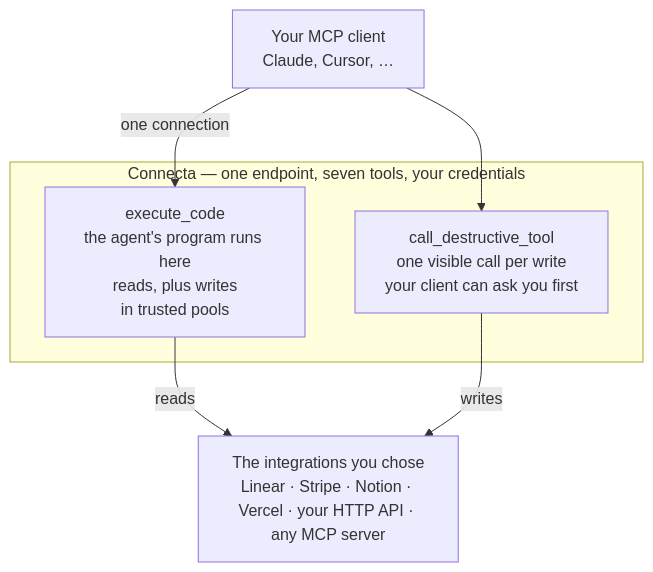
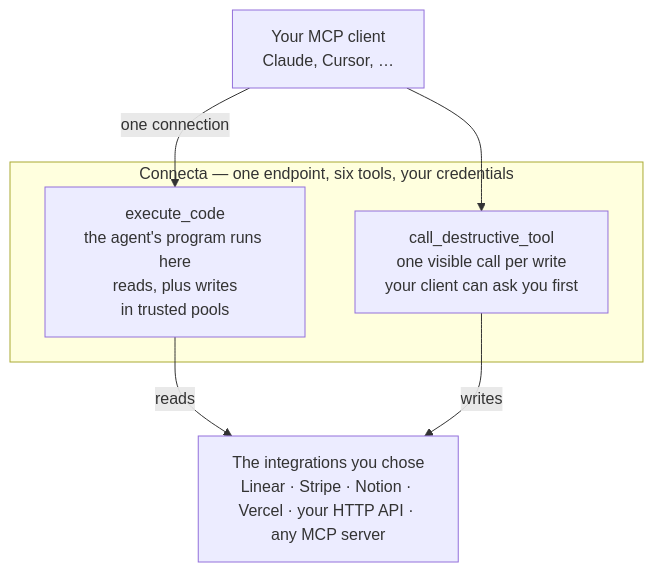
One commit to zackbart/connecta changed the diagram in README.md. Above: the diagram before and after it, drawn with Mermaid. The commit also changed other lines of this file and 91 other files, not shown here.

````diff
--- a/README.md
+++ b/README.md
@@ -28,16 +28,16 @@
 ```mermaid
 flowchart TB
     Client["Your MCP client<br/>Claude, Cursor, …"]
 
-    subgraph Connecta["Connecta — one endpoint, seven tools, your credentials"]
+    subgraph Connecta["Connecta — one endpoint, six tools, your credentials"]
         Sandbox["execute_code<br/>the agent's program runs here<br/>reads, plus writes<br/>in trusted pools"]
         Explicit["call_destructive_tool<br/>one visible call per write<br/>your client can ask you first"]
     end
 
     Integrations["The integrations you chose<br/>Linear · Stripe · Notion · Vercel · your HTTP API · any MCP server"]
 
     Client -->|"one connection"| Sandbox
     Client --> Explicit
     Sandbox -->|"reads"| Integrations
     Explicit -->|"writes"| Integrations
 ```
````
